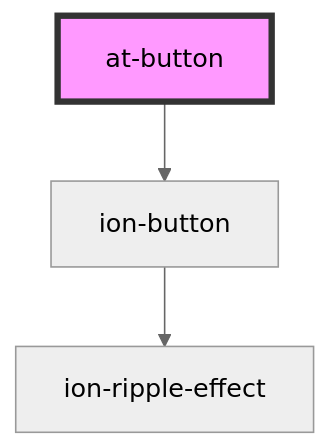
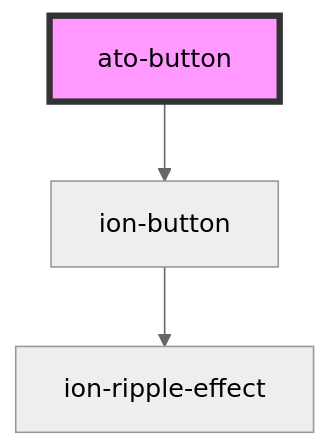
The diagram in packages/components/src/components/button/readme.md (juntossomosmais/atomium), drawn with Mermaid (neutral theme) before and after one commit. The commit also changed other lines of this file and 1 other file, not shown here.

Commit message:
feat(core): improve button's types and add md as prop

````diff
--- a/packages/components/src/components/button/readme.md
+++ b/packages/components/src/components/button/readme.md
@@ -33,6 +34,6 @@
 ```mermaid
 graph TD;
-  at-button --> ion-button
+  ato-button --> ion-button
   ion-button --> ion-ripple-effect
-  style at-button fill:#f9f,stroke:#333,stroke-width:4px
+  style ato-button fill:#f9f,stroke:#333,stroke-width:4px
 ```
````
